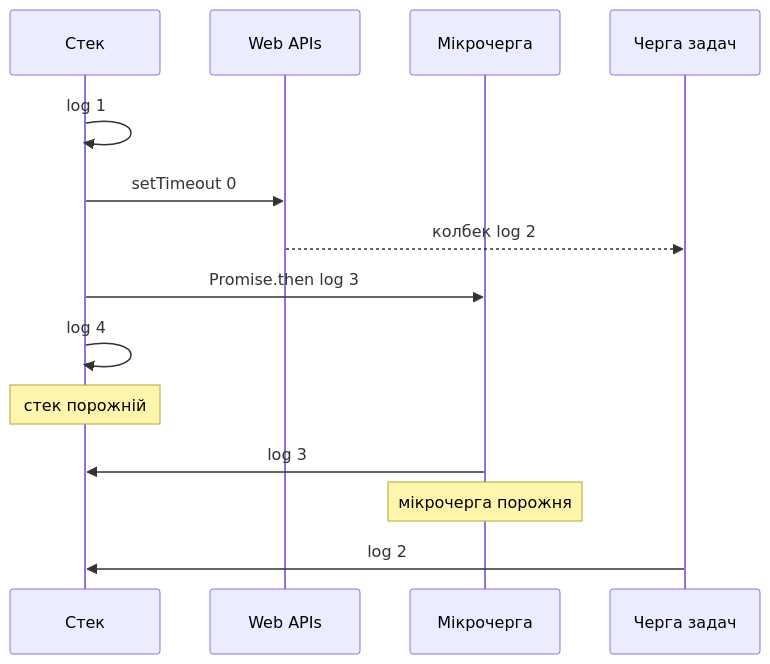
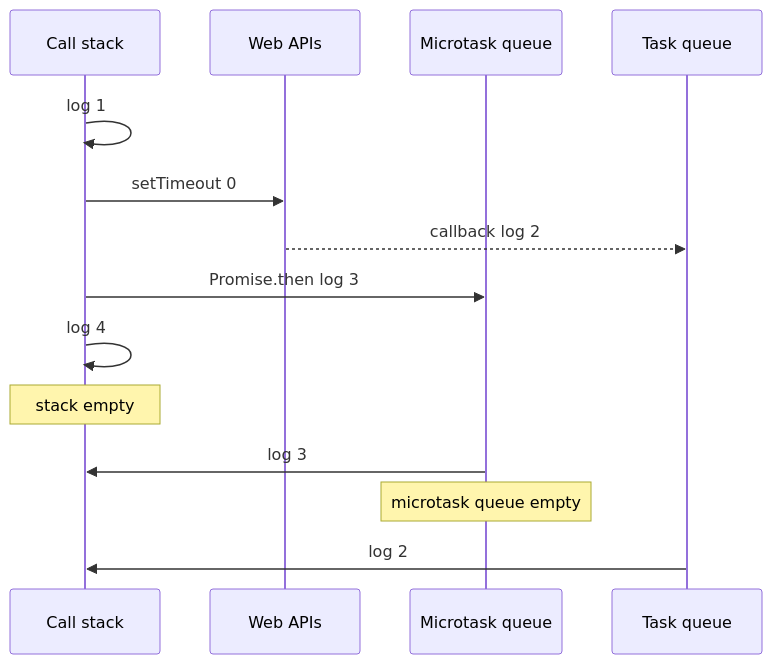
One commit to ReallyPablo/Programming-Practice-Projects changed the third of 4 diagrams in courses/javascript/lab-01-event-loop-and-game-loop.notes.md. Above: the diagram before and after it, drawn with Mermaid. The commit also changed other lines of this file and 7 other files, not shown here.

First line of the commit message:
Add English mermaid diagrams across JS lab notes.

````diff
--- a/courses/javascript/lab-01-event-loop-and-game-loop.notes.md
+++ b/courses/javascript/lab-01-event-loop-and-game-loop.notes.md
@@ -87,17 +87,17 @@
 ```mermaid
 sequenceDiagram
-  participant Stack as Стек
+  participant Stack as Call stack
   participant APIs as Web APIs
-  participant Micro as Мікрочерга
-  participant Macro as Черга задач
+  participant Micro as Microtask queue
+  participant Macro as Task queue
 
   Stack->>Stack: log 1
   Stack->>APIs: setTimeout 0
-  APIs-->>Macro: колбек log 2
+  APIs-->>Macro: callback log 2
   Stack->>Micro: Promise.then log 3
   Stack->>Stack: log 4
-  Note over Stack: стек порожній
+  Note over Stack: stack empty
   Micro->>Stack: log 3
-  Note over Micro: мікрочерга порожня
+  Note over Micro: microtask queue empty
   Macro->>Stack: log 2
 ```
````
